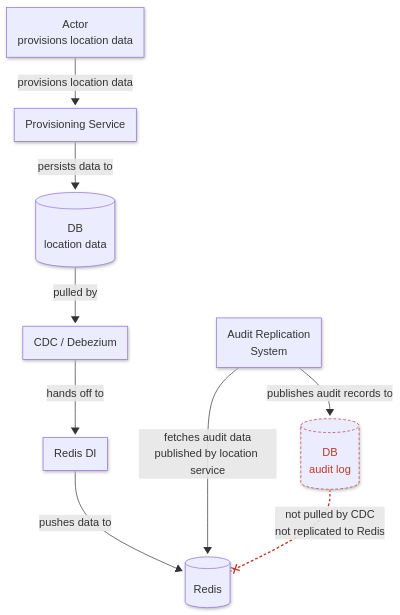
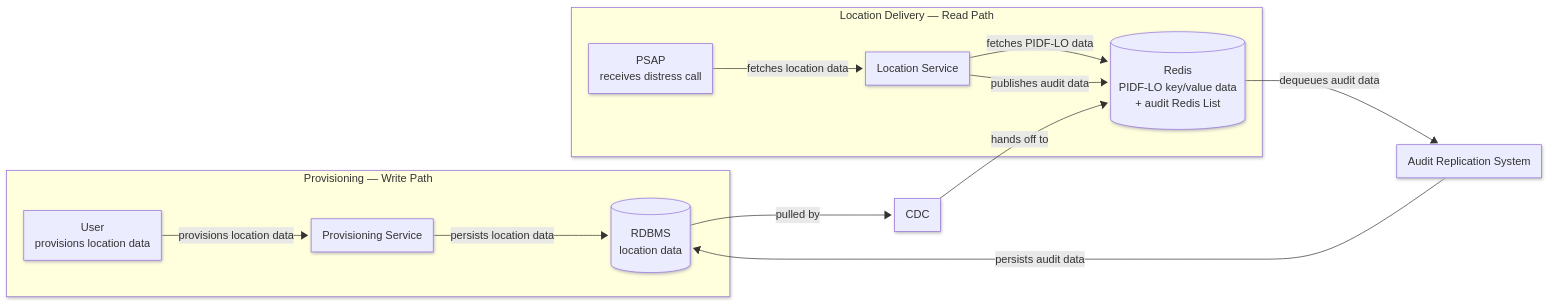
The first of 2 diagrams in src/content/blog/architecting-nextgen-e911-location-delivery.mdx (dzenyu/dzenyu.github.io), drawn with Mermaid before and after one commit. The commit also changed other lines of this file, not shown here.

First line of the commit message:
docs(blog): rewrite E911 post with accurate audit/migration architecture

````diff
--- a/src/content/blog/architecting-nextgen-e911-location-delivery.mdx
+++ b/src/content/blog/architecting-nextgen-e911-location-delivery.mdx
@@ -67,19 +88,33 @@
 ```mermaid
 ---
 config:
   look: neo
 ---
-flowchart TD
-    PA["Actor<br/>provisions location data"] -- provisions location data --> PS["Provisioning Service"]
-    PS -- persists data to --> DB[("DB<br/>location data")]
-    DB -- pulled by --> CDC["CDC / Debezium"]
-    CDC -- hands off to --> RDI["Redis DI"]
-    RDI -- pushes data to --> REDIS[("Redis")]
-    ARS["Audit Replication<br/>System"] -- fetches audit data<br/>published by location service --> REDIS
-    ARS -- publishes audit records to --> AUDITDB[("DB<br/>audit log")]
-    AUDITDB -. not pulled by CDC<br/>not replicated to Redis .-x REDIS
+flowchart LR
 
-    classDef noflow stroke:#c0392b,color:#c0392b,stroke-dasharray:4 3;
-    class AUDITDB noflow;
-    linkStyle 7 stroke:#c0392b,stroke-width:2px,stroke-dasharray:4 3;
+    subgraph P["Provisioning — Write Path"]
+        U["User<br/>provisions location data"]
+        PS["Provisioning Service"]
+        DB[("RDBMS<br/>location data")]
+
+        U -- "provisions location data" --> PS
+        PS -- "persists location data" --> DB
+    end
+
+    subgraph L["Location Delivery — Read Path"]
+        PSAP["PSAP<br/>receives distress call"]
+        LS["Location Service"]
+        REDIS[("Redis<br/>PIDF-LO key/value data<br/>+ audit Redis List")]
+
+        PSAP -- "fetches location data" --> LS
+        LS -- "fetches PIDF-LO data" --> REDIS
+        LS -- "publishes audit data" --> REDIS
+    end
+
+    DB -- "pulled by" --> CDC["CDC"]
+    CDC -- "hands off to" --> REDIS
+
+    ARS["Audit Replication System"]
+    REDIS -- "dequeues audit data" --> ARS
+    ARS -- "persists audit data" --> DB
 ```
````
